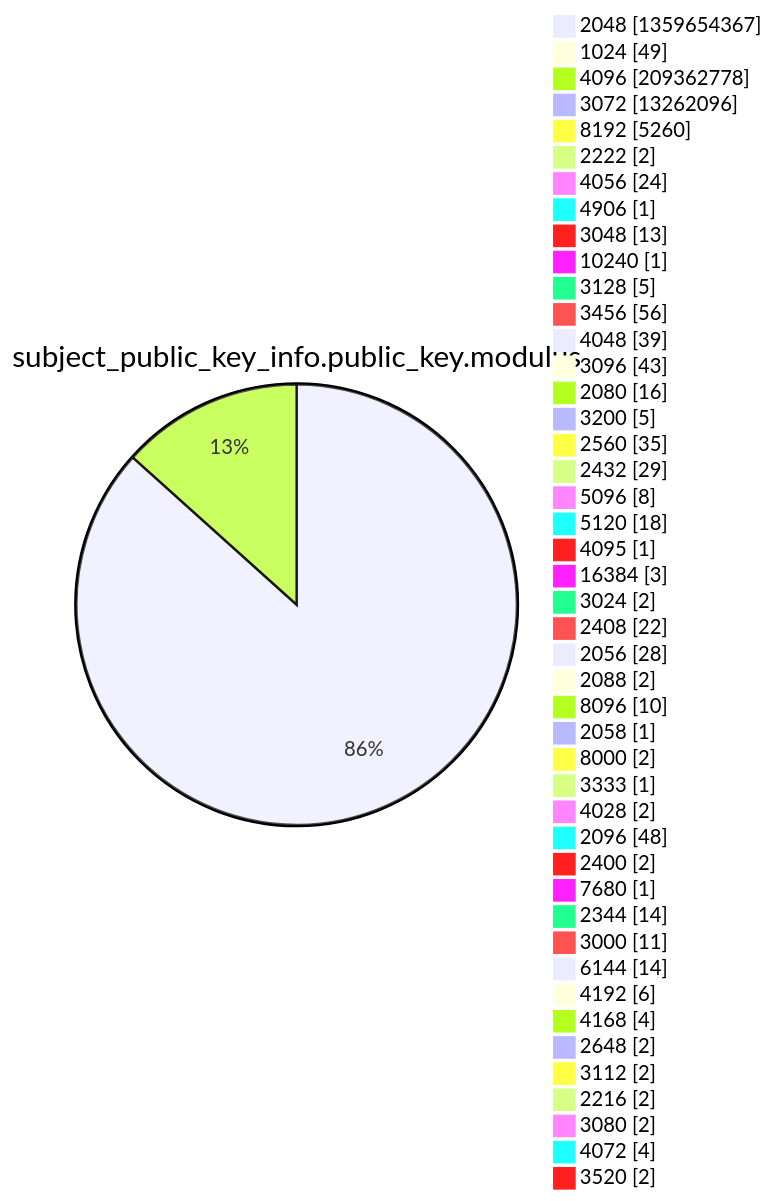
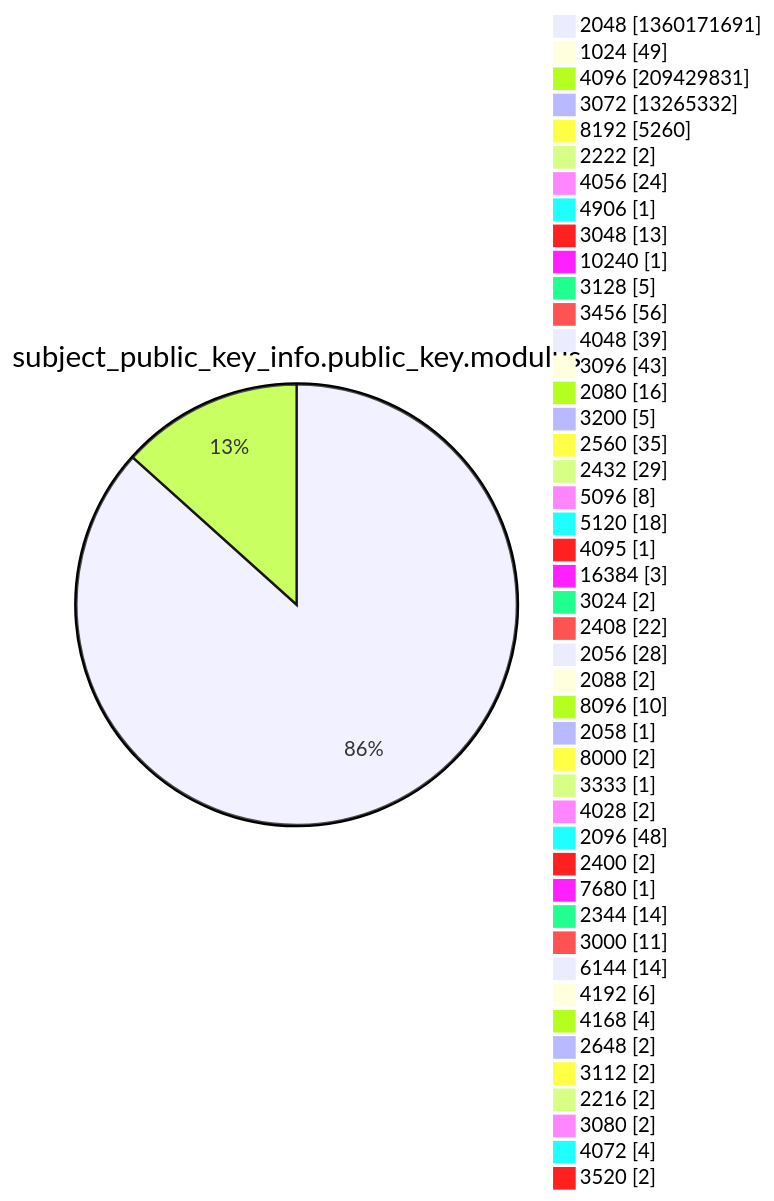
One commit to christiankrug/ctmonitor_visualization changed diagram 13 of 15 in xenon2022/README.md. Above: the diagram before and after it, drawn with Mermaid. The commit also changed other lines of this file, not shown here.

````diff
--- a/xenon2022/README.md
+++ b/xenon2022/README.md
@@ -3927,49 +3927,49 @@
 ```mermaid
 pie showData
 title subject_public_key_info.public_key.modulus
-"2048" :1359654367
+"2048" :1360171691
 "1024" :49
-"4096" :209362778
-"3072" :13262096
+"4096" :209429831
+"3072" :13265332
 "8192" :5260
 "2222" :2
 "4056" :24
 "4906" :1
 "3048" :13
 "10240" :1
 "3128" :5
 "3456" :56
 "4048" :39
 "3096" :43
 "2080" :16
 "3200" :5
 "2560" :35
 "2432" :29
 "5096" :8
 "5120" :18
 "4095" :1
 "16384" :3
 "3024" :2
 "2408" :22
 "2056" :28
 "2088" :2
 "8096" :10
 "2058" :1
 "8000" :2
 "3333" :1
 "4028" :2
 "2096" :48
 "2400" :2
 "7680" :1
 "2344" :14
 "3000" :11
 "6144" :14
 "4192" :6
 "4168" :4
 "2648" :2
 "3112" :2
 "2216" :2
 "3080" :2
 "4072" :4
 "3520" :2
 ```
````
